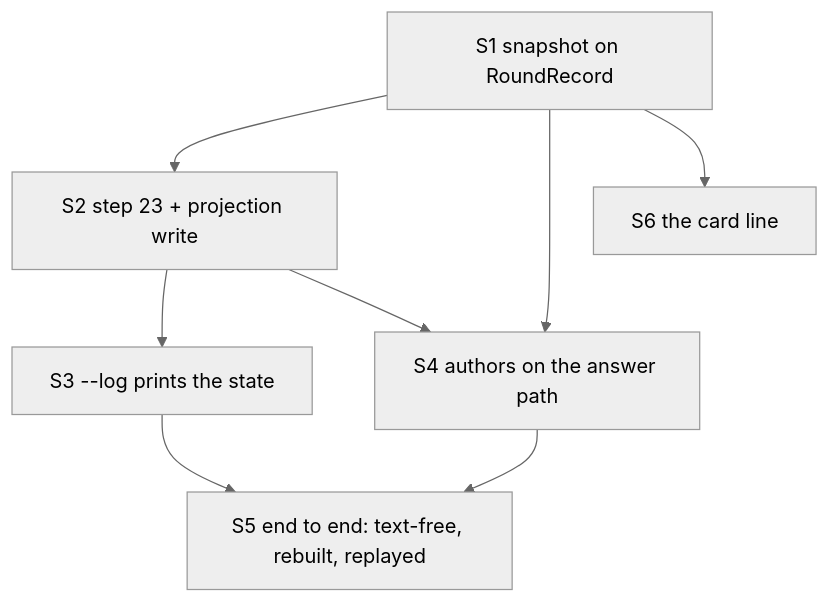
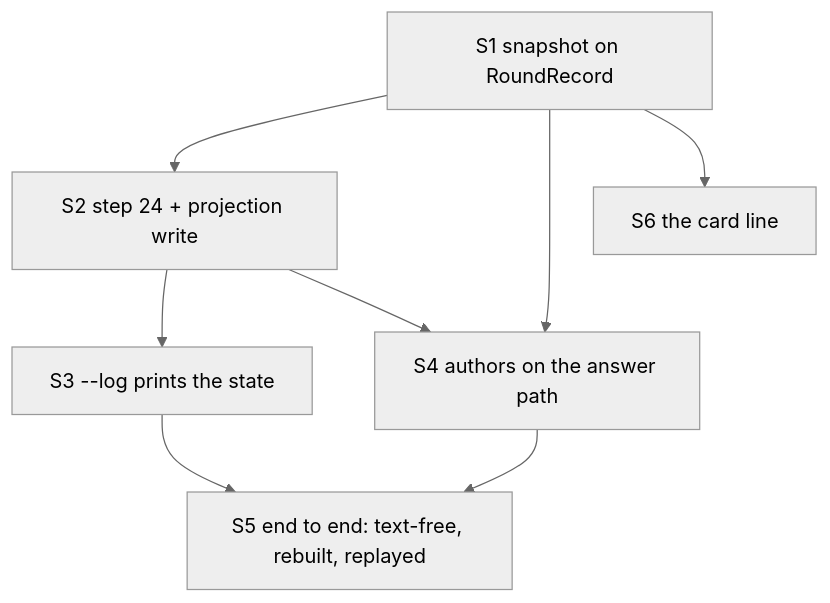
One commit to oleksandrdubyna88/dew_flow_connect_other_ais changed the diagram in todo/PLAN_a_round_records_who_wrote_the_code_and_how_much_E5.md. Above: the diagram before and after it, drawn with Mermaid (neutral theme). The commit also changed other lines of this file and 35 other files, not shown here.

````diff
--- a/todo/PLAN_a_round_records_who_wrote_the_code_and_how_much_E5.md
+++ b/todo/PLAN_a_round_records_who_wrote_the_code_and_how_much_E5.md
@@ -69,10 +69,10 @@
 ```mermaid
 flowchart TD
-    S1[S1 snapshot on RoundRecord] --> S2[S2 step 23 + projection write]
+    S1[S1 snapshot on RoundRecord] --> S2[S2 step 24 + projection write]
     S2 --> S3[S3 --log prints the state]
     S1 --> S4[S4 authors on the answer path]
     S2 --> S4
     S3 --> S5[S5 end to end: text-free, rebuilt, replayed]
     S4 --> S5
     S1 --> S6[S6 the card line]
 ```
````
